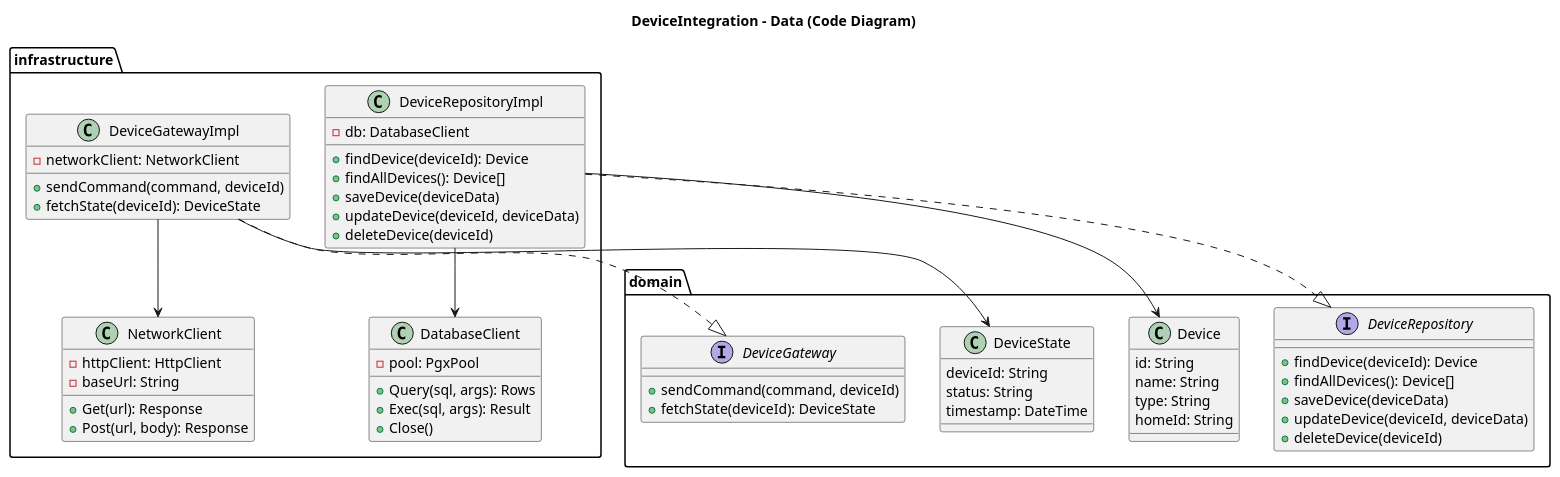
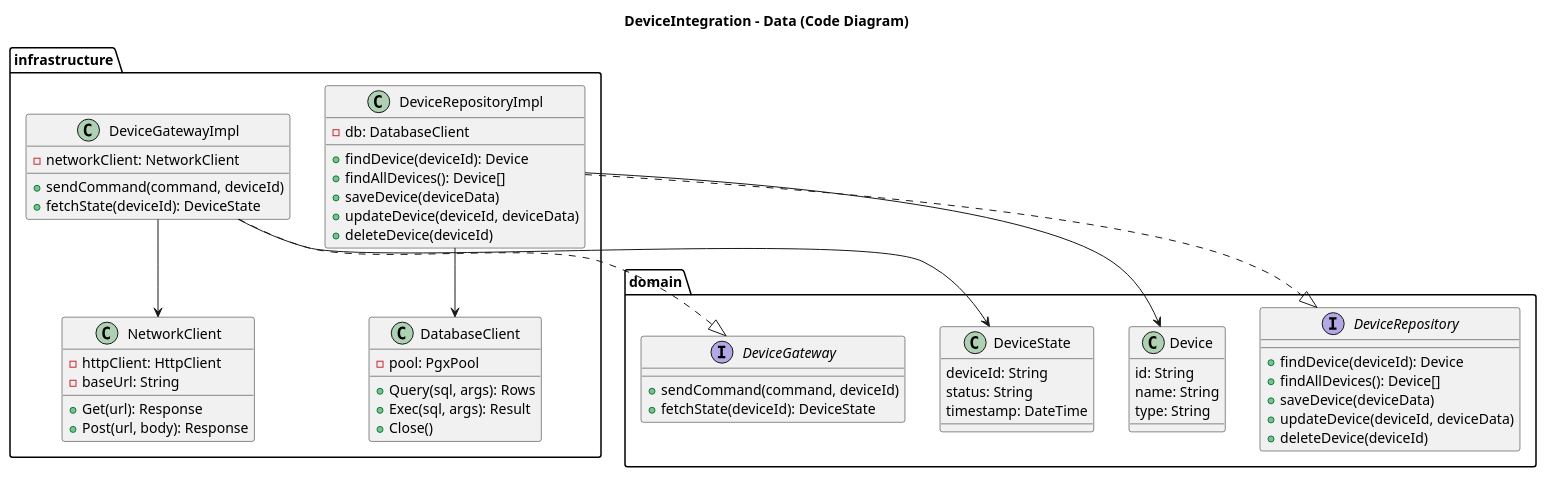
Before and after one commit to IlimbekNarmatov/warmhouse: the diagram in puml/task_2_code_diagram_data.puml, drawn with PlantUML. The commit also changed 3 other files, not shown here.

```diff
--- a/puml/task_2_code_diagram_data.puml
+++ b/puml/task_2_code_diagram_data.puml
@@ -1,63 +1,62 @@
 @startuml
 title DeviceIntegration - Data (Code Diagram)
 
 package "domain" {
     interface DeviceRepository {
         + findDevice(deviceId): Device
         + findAllDevices(): Device[]
         + saveDevice(deviceData)
         + updateDevice(deviceId, deviceData)
         + deleteDevice(deviceId)
     }
     interface DeviceGateway {
         + sendCommand(command, deviceId)
         + fetchState(deviceId): DeviceState
     }
     class Device {
         id: String
         name: String
         type: String
-        homeId: String
     }
     class DeviceState {
         deviceId: String
         status: String
         timestamp: DateTime
     }
 }
 
 package "infrastructure" {
     class DeviceRepositoryImpl {
         - db: DatabaseClient
         + findDevice(deviceId): Device
         + findAllDevices(): Device[]
         + saveDevice(deviceData)
         + updateDevice(deviceId, deviceData)
         + deleteDevice(deviceId)
     }
     class DeviceGatewayImpl {
         - networkClient: NetworkClient
         + sendCommand(command, deviceId)
         + fetchState(deviceId): DeviceState
     }
     class DatabaseClient {
         - pool: PgxPool
         + Query(sql, args): Rows
         + Exec(sql, args): Result
         + Close()
     }
     class NetworkClient {
         - httpClient: HttpClient
         - baseUrl: String
         + Get(url): Response
         + Post(url, body): Response
     }
 }
 
 DeviceRepositoryImpl ..|> DeviceRepository
 DeviceGatewayImpl ..|> DeviceGateway
 DeviceRepositoryImpl --> DatabaseClient
 DeviceGatewayImpl --> NetworkClient
 DeviceRepositoryImpl --> Device
 DeviceGatewayImpl --> DeviceState
 @enduml
```
